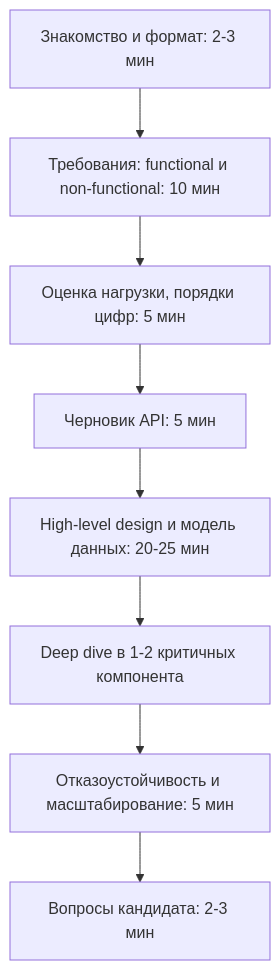
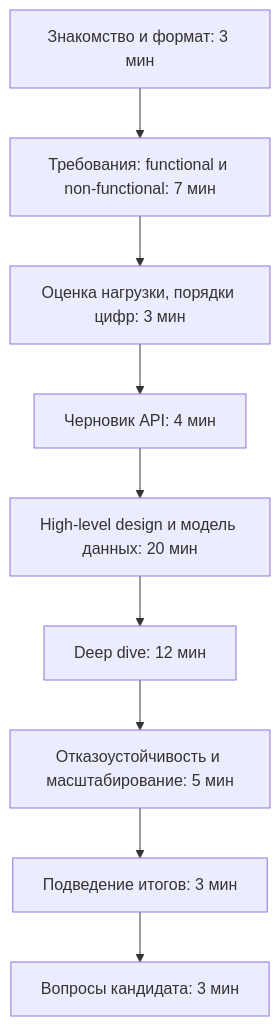
One commit to AlohaJava/system-design-interview-chamkin changed the first of 3 diagrams in 00-how-to-pass/communication.md. Above: the diagram before and after it, drawn with Mermaid. The commit also changed other lines of this file and 49 other files, not shown here.

````diff
--- a/00-how-to-pass/communication.md
+++ b/00-how-to-pass/communication.md
@@ -43,10 +67,11 @@
 ```mermaid
 flowchart TD
-    A["Знакомство и формат: 2-3 мин"] --> B["Требования: functional и non-functional: 10 мин"]
-    B --> C["Оценка нагрузки, порядки цифр: 5 мин"]
-    C --> D["Черновик API: 5 мин"]
-    D --> E["High-level design и модель данных: 20-25 мин"]
-    E --> F["Deep dive в 1-2 критичных компонента"]
+    A["Знакомство и формат: 3 мин"] --> B["Требования: functional и non-functional: 7 мин"]
+    B --> C["Оценка нагрузки, порядки цифр: 3 мин"]
+    C --> D["Черновик API: 4 мин"]
+    D --> E["High-level design и модель данных: 20 мин"]
+    E --> F["Deep dive: 12 мин"]
     F --> G["Отказоустойчивость и масштабирование: 5 мин"]
-    G --> H["Вопросы кандидата: 2-3 мин"]
+    G --> W["Подведение итогов: 3 мин"]
+    W --> H["Вопросы кандидата: 3 мин"]
 ```
````
